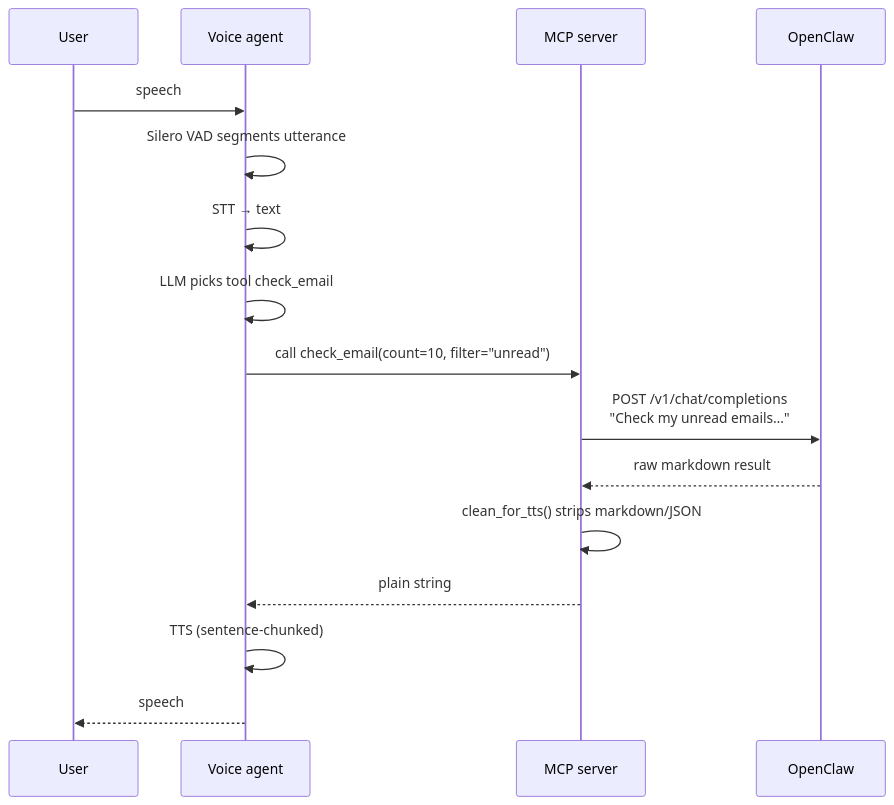
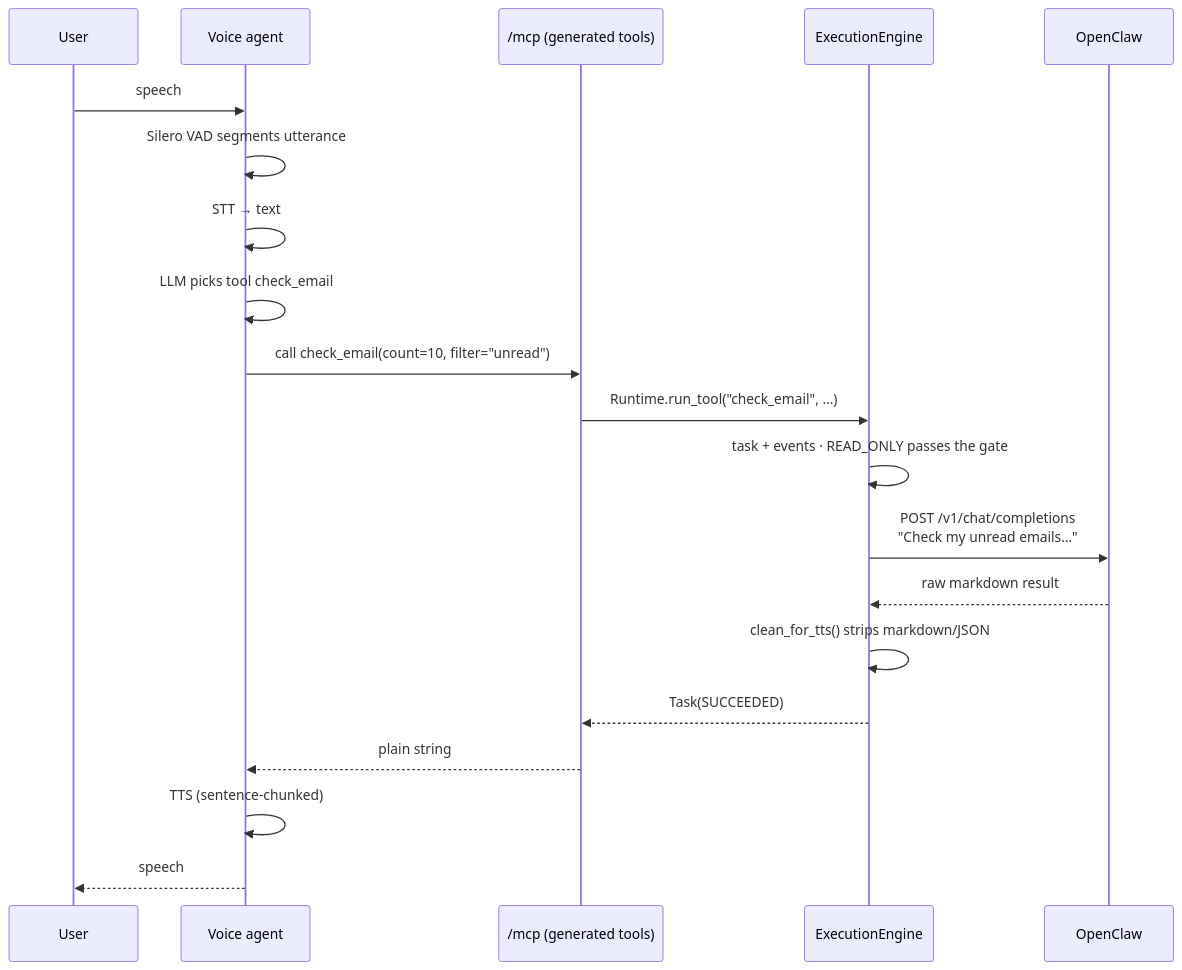
The second of 5 diagrams in ARCHITECTURE.md (KenilGopani/Orion), drawn with Mermaid before and after one commit. The commit also changed other lines of this file and 2 other files, not shown here.

First line of the commit message:
docs: document one-declaration tools and the generated MCP surface

````diff
--- a/ARCHITECTURE.md
+++ b/ARCHITECTURE.md
@@ -198,18 +199,22 @@
 ```mermaid
 sequenceDiagram
     participant U as User
     participant LK as Voice agent
-    participant MCP as MCP server
+    participant MCP as /mcp (generated tools)
+    participant E as ExecutionEngine
     participant OC as OpenClaw
     U->>LK: speech
     LK->>LK: Silero VAD segments utterance
     LK->>LK: STT → text
     LK->>LK: LLM picks tool check_email
     LK->>MCP: call check_email(count=10, filter="unread")
-    MCP->>OC: POST /v1/chat/completions<br/>"Check my unread emails…"
-    OC-->>MCP: raw markdown result
-    MCP->>MCP: clean_for_tts() strips markdown/JSON
+    MCP->>E: Runtime.run_tool("check_email", …)
+    E->>E: task + events · READ_ONLY passes the gate
+    E->>OC: POST /v1/chat/completions<br/>"Check my unread emails…"
+    OC-->>E: raw markdown result
+    E->>E: clean_for_tts() strips markdown/JSON
+    E-->>MCP: Task(SUCCEEDED)
     MCP-->>LK: plain string
     LK->>LK: TTS (sentence-chunked)
     LK-->>U: speech
 ```
````
